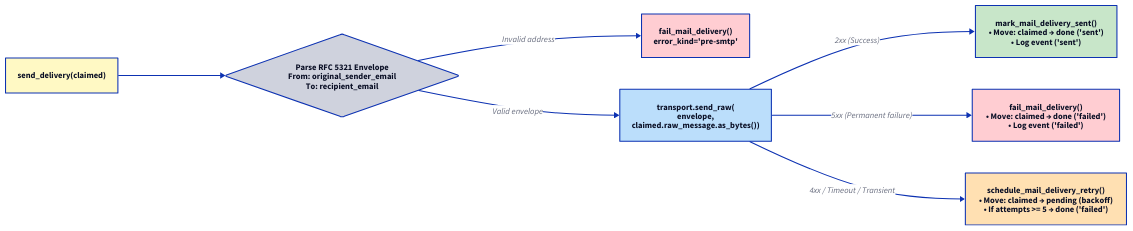
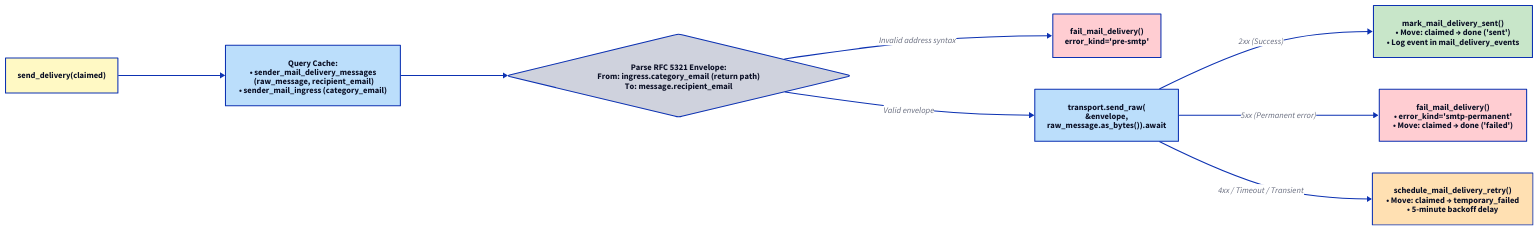
The diagram in docs/src/core/sender/control-flow-send-delivery.d2 (enaut/kommunikationszentrum), drawn with D2 before and after one commit. The commit also changed 94 other files, not shown here.

```diff
--- a/docs/src/core/sender/control-flow-send-delivery.d2
+++ b/docs/src/core/sender/control-flow-send-delivery.d2
@@ -1,17 +1,20 @@
 direction: right
 
 start: "send_delivery(claimed)" { style.fill: "#fff9c4" }
-env: "Parse RFC 5321 Envelope\nFrom: original_sender_email\nTo: recipient_email" { shape: diamond }
+lookup: "Query Cache:\n• sender_mail_delivery_messages\n  (raw_message, recipient_email)\n• sender_mail_ingress (category_email)" { style.fill: "#bbdefb" }
+
+env: "Parse RFC 5321 Envelope:\nFrom: ingress.category_email (return path)\nTo: message.recipient_email" { shape: diamond }
 pre_err: "fail_mail_delivery()\nerror_kind='pre-smtp'" { style.fill: "#ffcdd2" }
-smtp: "transport.send_raw(\nenvelope,\nclaimed.raw_message.as_bytes())" { style.fill: "#bbdefb" }
+smtp: "transport.send_raw(\n&envelope,\nraw_message.as_bytes()).await" { style.fill: "#bbdefb" }
 
-ok: "mark_mail_delivery_sent()\n• Move: claimed → done ('sent')\n• Log event ('sent')" { style.fill: "#c8e6c9" }
-perm: "fail_mail_delivery()\n• Move: claimed → done ('failed')\n• Log event ('failed')" { style.fill: "#ffcdd2" }
-trans: "schedule_mail_delivery_retry()\n• Move: claimed → pending (backoff)\n• If attempts >= 5 → done ('failed')" { style.fill: "#ffe0b2" }
+ok: "mark_mail_delivery_sent()\n• Move: claimed → done ('sent')\n• Log event in mail_delivery_events" { style.fill: "#c8e6c9" }
+perm: "fail_mail_delivery()\n• error_kind='smtp-permanent'\n• Move: claimed → done ('failed')" { style.fill: "#ffcdd2" }
+trans: "schedule_mail_delivery_retry()\n• Move: claimed → temporary_failed\n• 5-minute backoff delay" { style.fill: "#ffe0b2" }
 
-start -> env
-env -> pre_err: "Invalid address"
+start -> lookup -> env
+env -> pre_err: "Invalid address syntax"
 env -> smtp: "Valid envelope"
+
 smtp -> ok: "2xx (Success)"
-smtp -> perm: "5xx (Permanent failure)"
+smtp -> perm: "5xx (Permanent error)"
 smtp -> trans: "4xx / Timeout / Transient"
```
